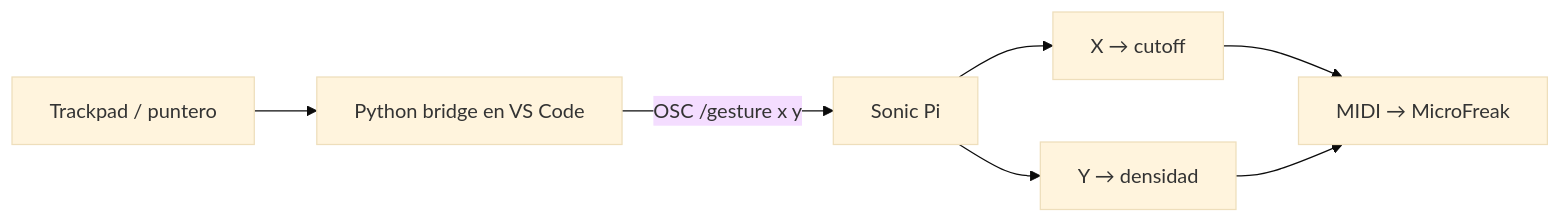
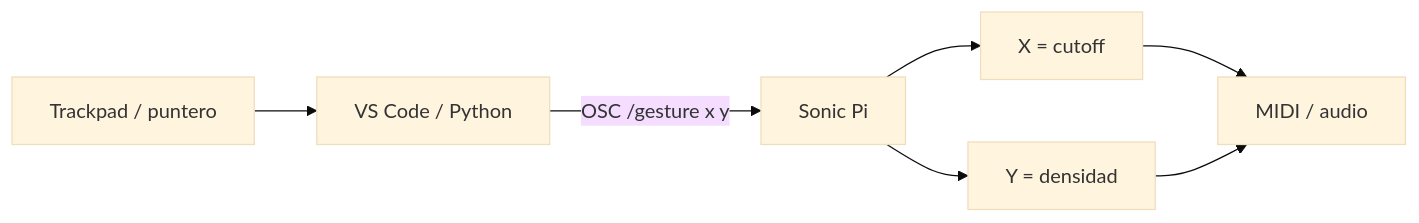
One commit to umarquez/glitxtober-automation-scripts changed the diagram in hammerspoon/episodes/08-trackpad-instrumento/README.md. Above: the diagram before and after it, drawn with Mermaid (base theme). The commit also changed other lines of this file and 34 other files, not shown here.

````diff
--- a/hammerspoon/episodes/08-trackpad-instrumento/README.md
+++ b/hammerspoon/episodes/08-trackpad-instrumento/README.md
@@ -9,9 +9,9 @@
 ```mermaid
 flowchart LR
-  T[Trackpad / puntero] --> P[Python bridge en VS Code]
-  P -->|OSC /gesture x y| S[Sonic Pi]
-  S --> X[X → cutoff]
-  S --> Y[Y → densidad]
-  X --> M[MIDI → MicroFreak]
+  T[Trackpad / puntero] --> V[VS Code / Python]
+  V -->|OSC /gesture x y| S[Sonic Pi]
+  S --> X[X = cutoff]
+  S --> Y[Y = densidad]
+  X --> M[MIDI / audio]
   Y --> M
 ```
````
